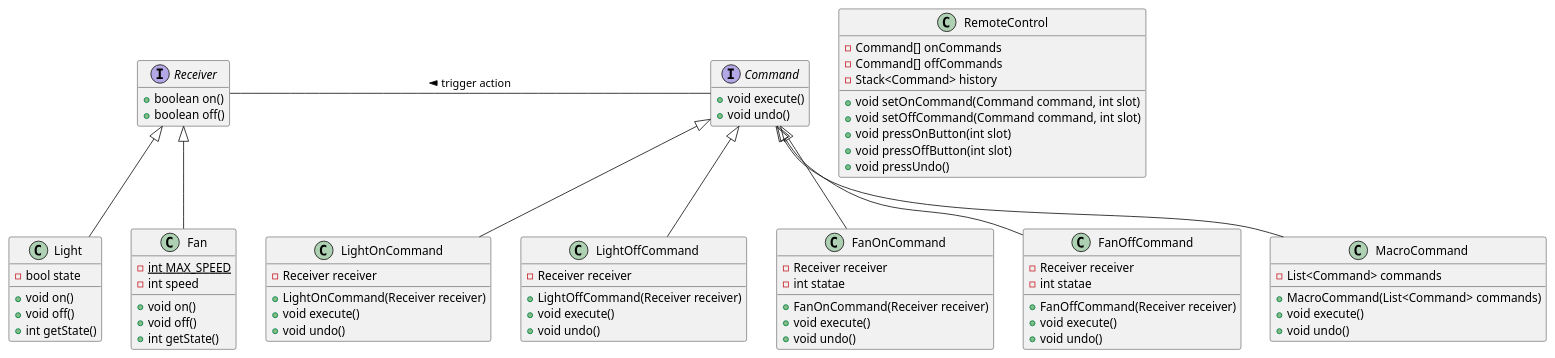
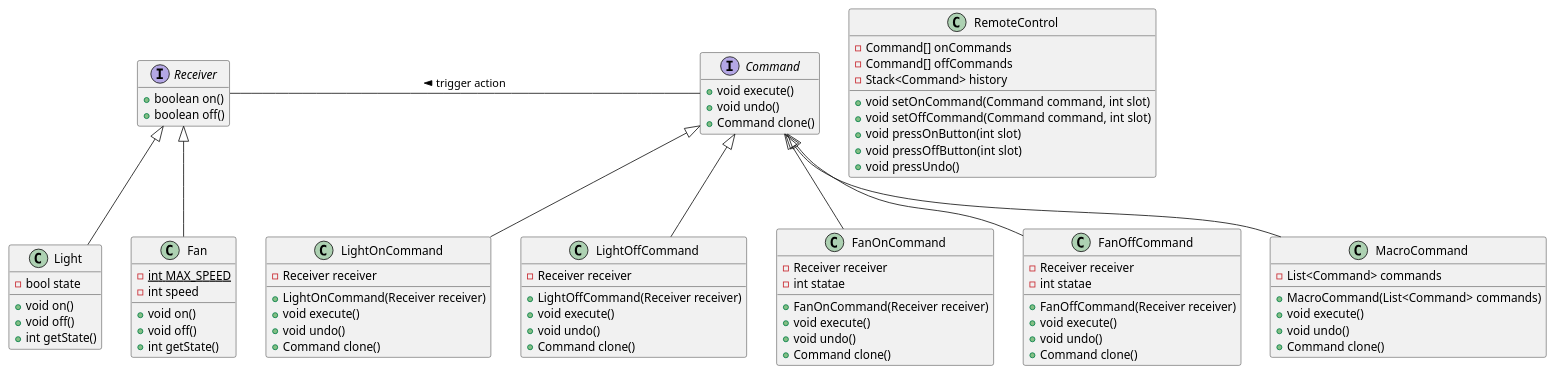
Before and after one commit to gama79530/DesignPattern: the diagram in CommandPattern/example.puml, drawn with PlantUML. The commit also changed 7 other files, not shown here.

```diff
--- a/CommandPattern/example.puml
+++ b/CommandPattern/example.puml
@@ -1,88 +1,94 @@
 @startuml example
 hide empty members
 
 interface Receiver{
     + boolean on()
     + boolean off()
 }
 
 class Light{
     - bool state
     + void on()
     + void off()
     + int getState()
 }
 
 class Fan{
     - {static} int MAX_SPEED
     - int speed
     + void on()
     + void off()
     + int getState()
 }
 
 interface Command{
     + void execute()
     + void undo()
+    + Command clone()
 }
 
 class LightOnCommand{
     - Receiver receiver
     + LightOnCommand(Receiver receiver)
     + void execute()
     + void undo()
+    + Command clone()
 }
 
 class LightOffCommand{
     - Receiver receiver
     + LightOffCommand(Receiver receiver)
     + void execute()
     + void undo()
+    + Command clone()
 }
 
 class FanOnCommand{
     - Receiver receiver
     - int statae
     + FanOnCommand(Receiver receiver)
     + void execute()
     + void undo()
+    + Command clone()
 }
 
 class FanOffCommand{
     - Receiver receiver
     - int statae
     + FanOffCommand(Receiver receiver)
     + void execute()
     + void undo()
+    + Command clone()
 }
 
 class MacroCommand{
     - List<Command> commands
     + MacroCommand(List<Command> commands)
     + void execute()
     + void undo()
+    + Command clone()
 }
 
 class RemoteControl{
     - Command[] onCommands
     - Command[] offCommands
     - Stack<Command> history
     + void setOnCommand(Command command, int slot)
     + void setOffCommand(Command command, int slot)
     + void pressOnButton(int slot)
     + void pressOffButton(int slot)
     + void pressUndo()
 }
 
 Receiver <|-- Light
 Receiver <|-- Fan
 
 Command <|-- LightOnCommand
 Command <|-- LightOffCommand
 Command <|-- FanOnCommand
 Command <|-- FanOffCommand
 Command <|-- MacroCommand
 
 Command -left- Receiver: > trigger action
 
 @enduml
```
